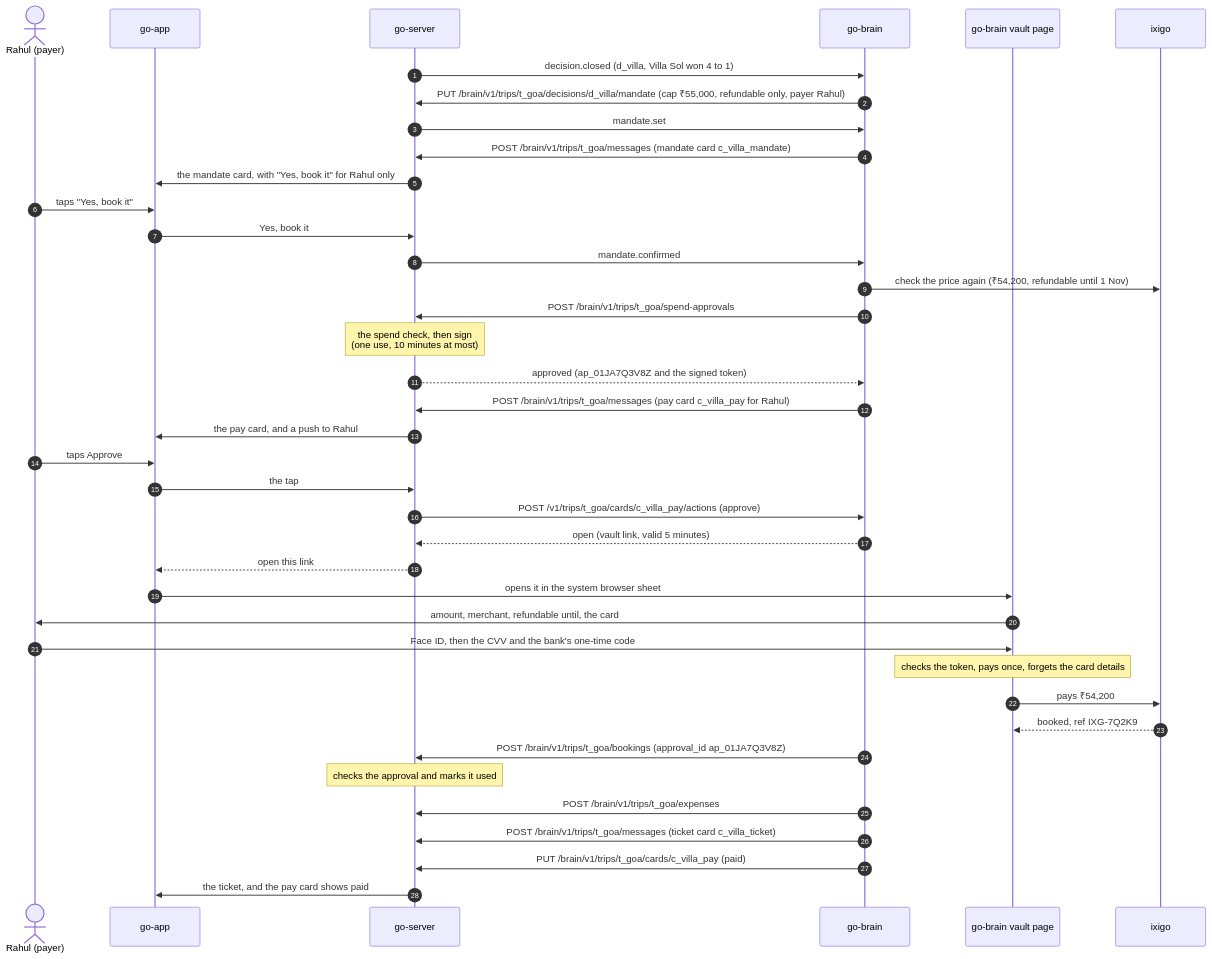
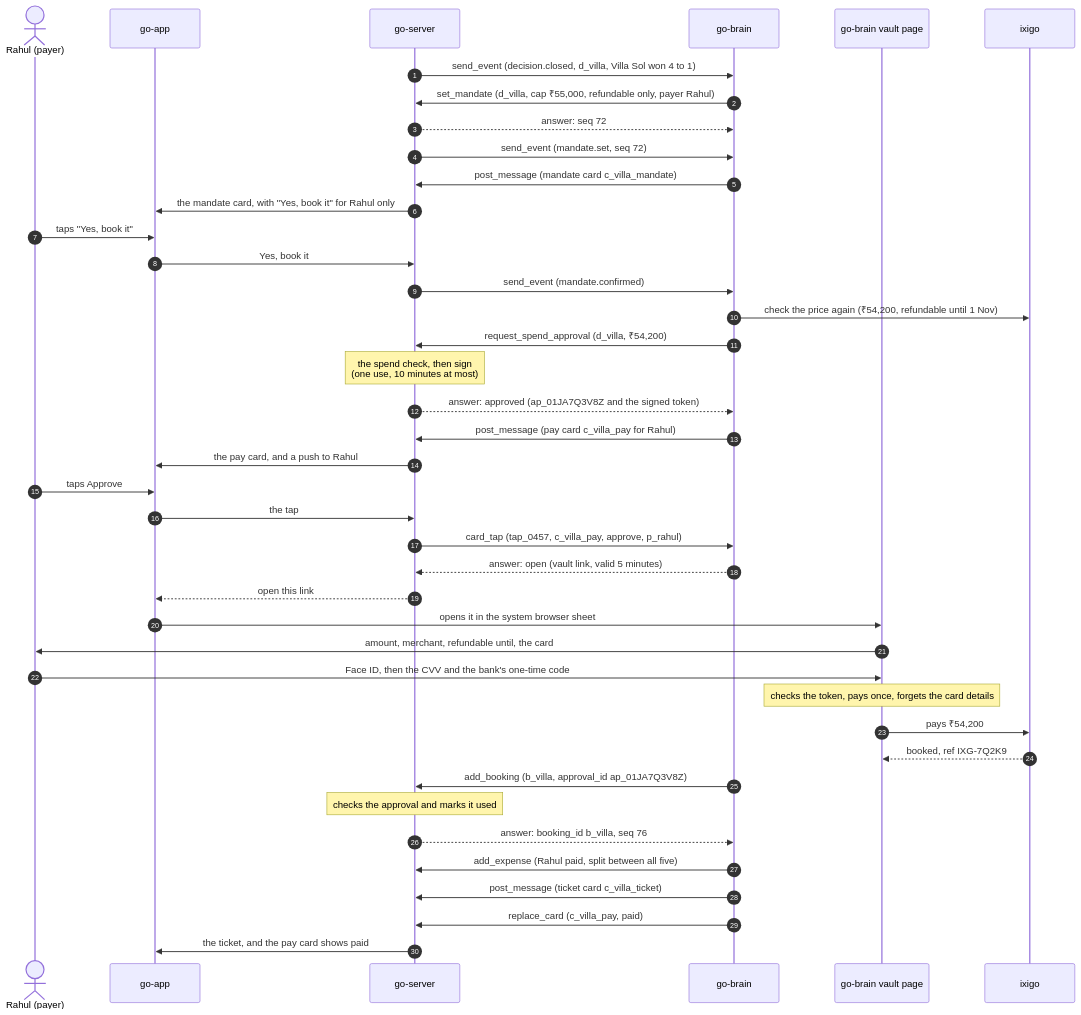
Before and after one commit to vestra-ai/go-brain: the diagram in docs/guide/08-money-and-the-vault.md, drawn with Mermaid. The commit also changed other lines of this file and 23 other files, not shown here.

````diff
--- a/docs/guide/08-money-and-the-vault.md
+++ b/docs/guide/08-money-and-the-vault.md
@@ -32,41 +32,43 @@
 ```mermaid
 sequenceDiagram
   autonumber
   actor Rahul as Rahul (payer)
   participant app as go-app
   participant server as go-server
   participant brain as go-brain
   participant vault as go-brain vault page
   participant ixigo
-  server->>brain: decision.closed (d_villa, Villa Sol won 4 to 1)
-  brain->>server: PUT /brain/v1/trips/t_goa/decisions/d_villa/mandate (cap ₹55,000, refundable only, payer Rahul)
-  server->>brain: mandate.set
-  brain->>server: POST /brain/v1/trips/t_goa/messages (mandate card c_villa_mandate)
+  server->>brain: send_event (decision.closed, d_villa, Villa Sol won 4 to 1)
+  brain->>server: set_mandate (d_villa, cap ₹55,000, refundable only, payer Rahul)
+  server-->>brain: answer: seq 72
+  server->>brain: send_event (mandate.set, seq 72)
+  brain->>server: post_message (mandate card c_villa_mandate)
   server->>app: the mandate card, with "Yes, book it" for Rahul only
   Rahul->>app: taps "Yes, book it"
   app->>server: Yes, book it
-  server->>brain: mandate.confirmed
+  server->>brain: send_event (mandate.confirmed)
   brain->>ixigo: check the price again (₹54,200, refundable until 1 Nov)
-  brain->>server: POST /brain/v1/trips/t_goa/spend-approvals
+  brain->>server: request_spend_approval (d_villa, ₹54,200)
   Note over server: the spend check, then sign<br/>(one use, 10 minutes at most)
-  server-->>brain: approved (ap_01JA7Q3V8Z and the signed token)
-  brain->>server: POST /brain/v1/trips/t_goa/messages (pay card c_villa_pay for Rahul)
+  server-->>brain: answer: approved (ap_01JA7Q3V8Z and the signed token)
+  brain->>server: post_message (pay card c_villa_pay for Rahul)
   server->>app: the pay card, and a push to Rahul
   Rahul->>app: taps Approve
   app->>server: the tap
-  server->>brain: POST /v1/trips/t_goa/cards/c_villa_pay/actions (approve)
-  brain-->>server: open (vault link, valid 5 minutes)
+  server->>brain: card_tap (tap_0457, c_villa_pay, approve, p_rahul)
+  brain-->>server: answer: open (vault link, valid 5 minutes)
   server-->>app: open this link
   app->>vault: opens it in the system browser sheet
   vault->>Rahul: amount, merchant, refundable until, the card
   Rahul->>vault: Face ID, then the CVV and the bank's one-time code
   Note over vault: checks the token, pays once, forgets the card details
   vault->>ixigo: pays ₹54,200
   ixigo-->>vault: booked, ref IXG-7Q2K9
-  brain->>server: POST /brain/v1/trips/t_goa/bookings (approval_id ap_01JA7Q3V8Z)
+  brain->>server: add_booking (b_villa, approval_id ap_01JA7Q3V8Z)
   Note over server: checks the approval and marks it used
-  brain->>server: POST /brain/v1/trips/t_goa/expenses
-  brain->>server: POST /brain/v1/trips/t_goa/messages (ticket card c_villa_ticket)
-  brain->>server: PUT /brain/v1/trips/t_goa/cards/c_villa_pay (paid)
+  server-->>brain: answer: booking_id b_villa, seq 76
+  brain->>server: add_expense (Rahul paid, split between all five)
+  brain->>server: post_message (ticket card c_villa_ticket)
+  brain->>server: replace_card (c_villa_pay, paid)
   server->>app: the ticket, and the pay card shows paid
 ```
````
